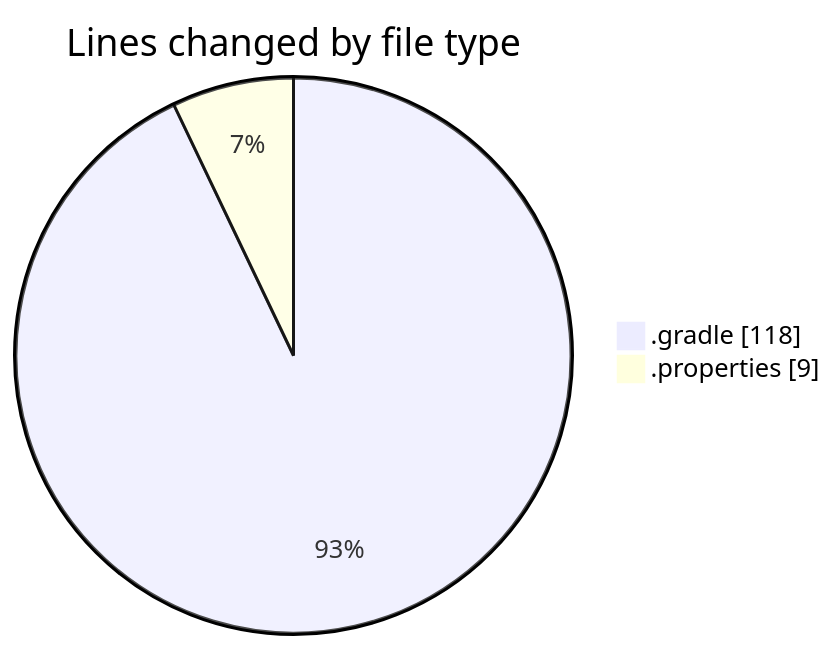
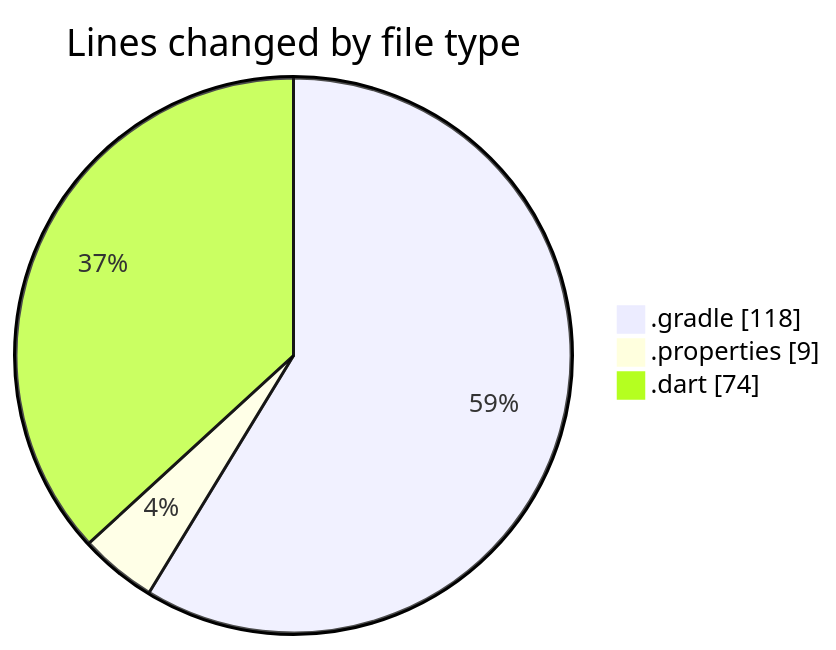
The first of 2 diagrams in 2025-02-16/trackers_app/README.md (donsfak/code-tracking), drawn with Mermaid before and after one commit. The commit also changed other lines of this file and 1 other file, not shown here.

````diff
--- a/2025-02-16/trackers_app/README.md
+++ b/2025-02-16/trackers_app/README.md
@@ -22,6 +23,7 @@
 ```mermaid
 pie showData
 title Lines changed by file type
 ".gradle" : 118
 ".properties" : 9
+".dart" : 74
 ```
````
